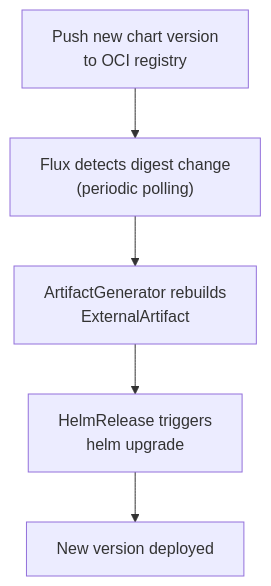
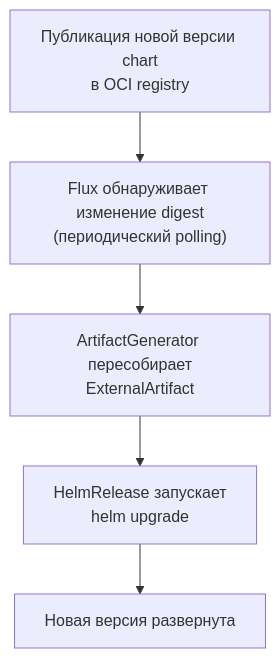
The fourth of 9 diagrams in content/en/docs/v1.3/guides/concepts.md (katamarina-ru/cozystack-website), drawn with Mermaid before and after one commit. The commit also changed other lines of this file and 55 other files, not shown here.

````diff
--- a/content/en/docs/v1.3/guides/concepts.md
+++ b/content/en/docs/v1.3/guides/concepts.md
@@ -195,13 +195,13 @@
 ```mermaid
 flowchart TD
-    PUSH["Push new chart version<br/>to OCI registry"]
-    FLUX["Flux detects digest change<br/>(periodic polling)"]
-    REBUILD["ArtifactGenerator rebuilds<br/>ExternalArtifact"]
-    UPGRADE["HelmRelease triggers<br/>helm upgrade"]
-    DEPLOY["New version deployed"]
+    PUSH["Публикация новой версии chart<br/>в OCI registry"]
+    FLUX["Flux обнаруживает изменение digest<br/>(периодический polling)"]
+    REBUILD["ArtifactGenerator пересобирает<br/>ExternalArtifact"]
+    UPGRADE["HelmRelease запускает<br/>helm upgrade"]
+    DEPLOY["Новая версия развернута"]
 
     PUSH --> FLUX
     FLUX --> REBUILD
     REBUILD --> UPGRADE
     UPGRADE --> DEPLOY
 ```
````
